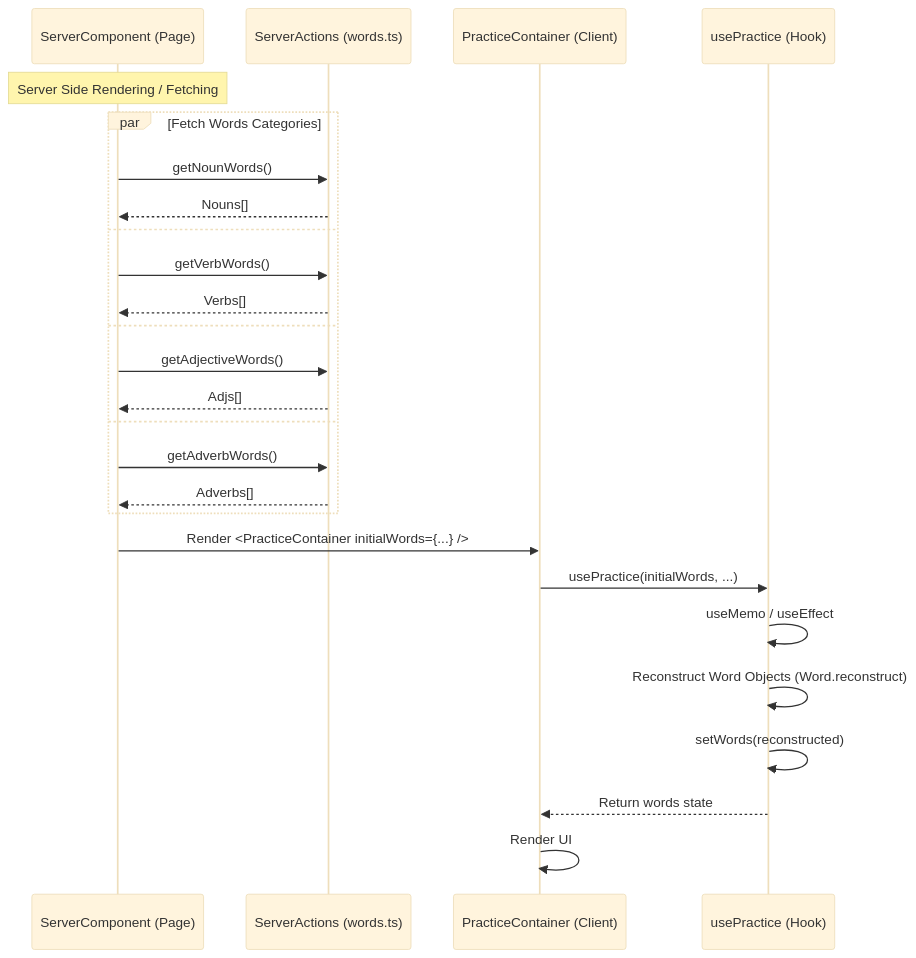
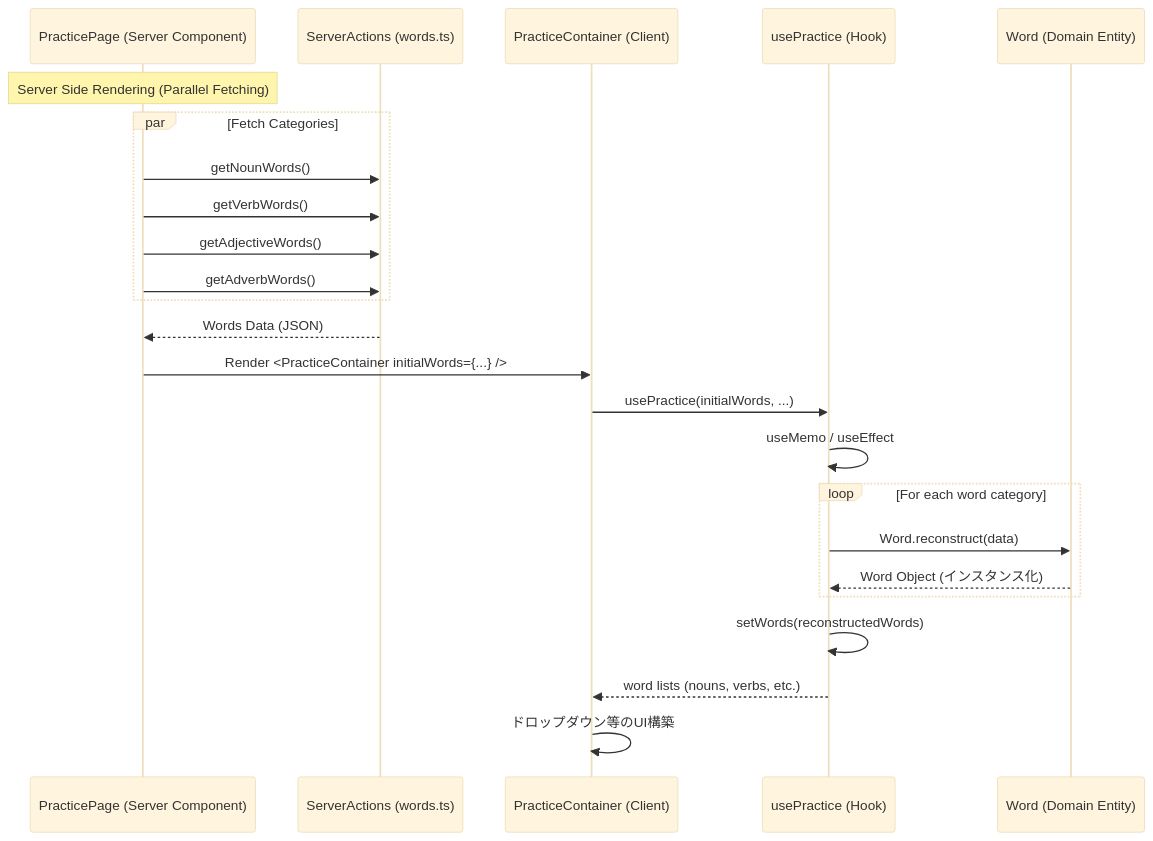
One commit to kayamak/grid9-english changed the diagram in docs/sequence-diagrams/practices/fetchInitialData.md. Above: the diagram before and after it, drawn with Mermaid (base theme). The commit also changed other lines of this file and 4 other files, not shown here.

Commit message:
シーケンス図の整理

````diff
--- a/docs/sequence-diagrams/practices/fetchInitialData.md
+++ b/docs/sequence-diagrams/practices/fetchInitialData.md
@@ -3,33 +5,33 @@
 ```mermaid
 sequenceDiagram
-    participant Parent as ServerComponent (Page)
+    participant PageComp as PracticePage (Server Component)
     participant Action as ServerActions (words.ts)
-    participant Page as PracticeContainer (Client)
+    participant Container as PracticeContainer (Client)
     participant Hook as usePractice (Hook)
+    participant WordEntity as Word (Domain Entity)
 
-    Note over Parent: Server Side Rendering / Fetching
+    Note over PageComp: Server Side Rendering (Parallel Fetching)
     
-    par Fetch Words Categories
-        Parent->>Action: getNounWords()
-        Action-->>Parent: Nouns[]
-    and
-        Parent->>Action: getVerbWords()
-        Action-->>Parent: Verbs[]
-    and
-        Parent->>Action: getAdjectiveWords()
-        Action-->>Parent: Adjs[]
-    and
-        Parent->>Action: getAdverbWords()
-        Action-->>Parent: Adverbs[]
+    par Fetch Categories
+        PageComp->>Action: getNounWords()
+        PageComp->>Action: getVerbWords()
+        PageComp->>Action: getAdjectiveWords()
+        PageComp->>Action: getAdverbWords()
     end
+    Action-->>PageComp: Words Data (JSON)
 
-    Parent->>Page: Render <PracticeContainer initialWords={...} />
+    PageComp->>Container: Render <PracticeContainer initialWords={...} />
     
-    Page->>Hook: usePractice(initialWords, ...)
+    Container->>Hook: usePractice(initialWords, ...)
     Hook->>Hook: useMemo / useEffect
-    Hook->>Hook: Reconstruct Word Objects (Word.reconstruct)
-    Hook->>Hook: setWords(reconstructed)
     
-    Hook-->>Page: Return words state
-    Page->>Page: Render UI
+    loop For each word category
+        Hook->>WordEntity: Word.reconstruct(data)
+        WordEntity-->>Hook: Word Object (インスタンス化)
+    end
+    
+    Hook->>Hook: setWords(reconstructedWords)
+    
+    Hook-->>Container: word lists (nouns, verbs, etc.)
+    Container->>Container: ドロップダウン等のUI構築
 ```
````
